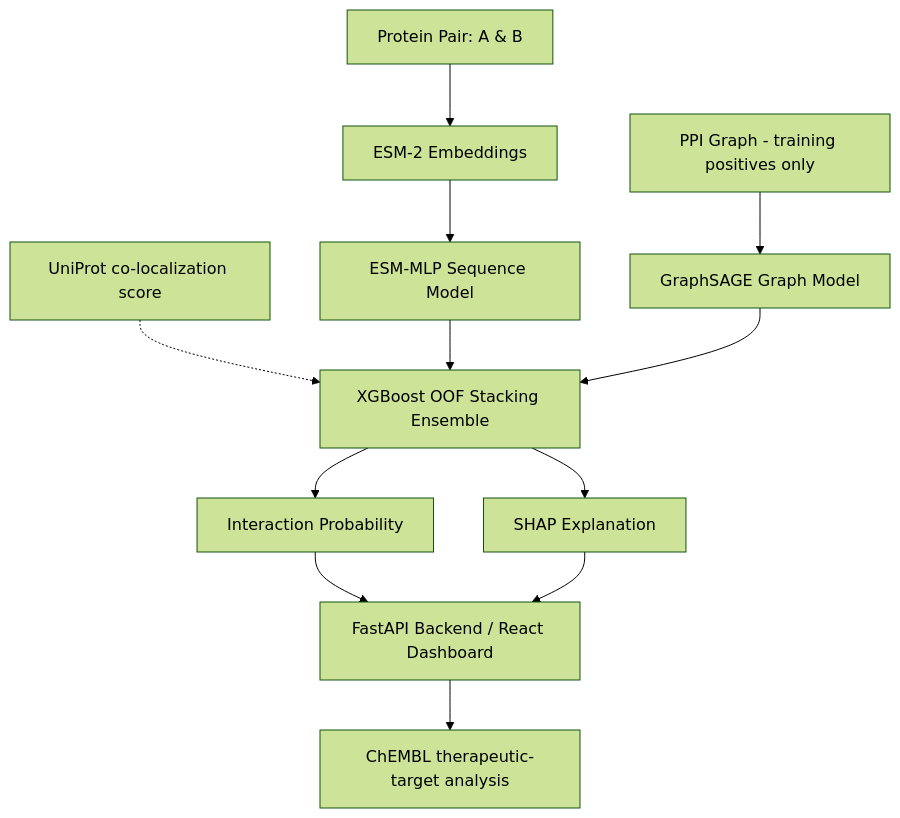
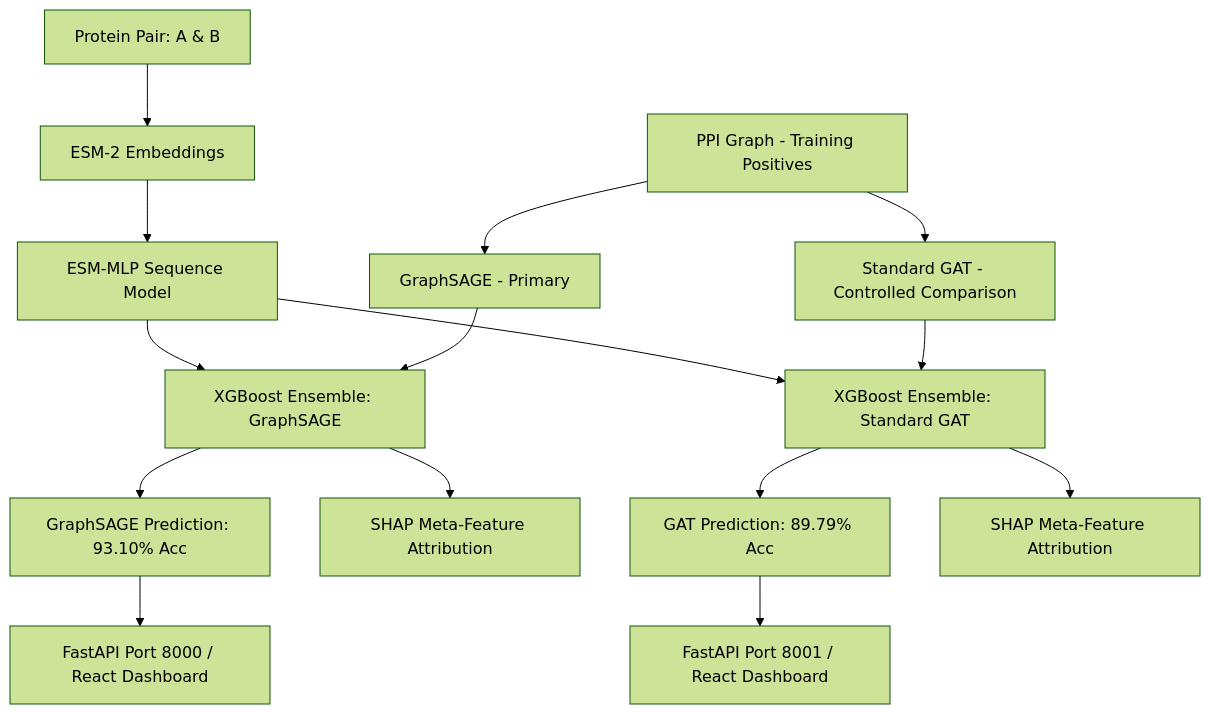
Before and after one commit to AshShenoy14/Majorproject: the diagram in README.md, drawn with Mermaid (forest theme). The commit also changed other lines of this file and 32 other files, not shown here.

Commit message:
feat: complete TransGraph-PPI finalization with GraphSAGE primary, Standard GAT controlled comparison, and comparative frontend

````diff
--- a/README.md
+++ b/README.md
@@ -38,19 +43,21 @@
 ```mermaid
 graph TD
     A[Protein Pair: A & B] --> B[ESM-2 Embeddings]
     B --> C[ESM-MLP Sequence Model]
 
-    D[PPI Graph - training positives only] --> E[GraphSAGE Graph Model]
+    D[PPI Graph - Training Positives] --> E1[GraphSAGE - Primary]
+    D --> E2[Standard GAT - Controlled Comparison]
 
-    K[UniProt co-localization score] -.-> F
+    C --> F1[XGBoost Ensemble: GraphSAGE]
+    E1 --> F1
+    F1 --> G1[GraphSAGE Prediction: 93.10% Acc]
+    F1 --> H1[SHAP Meta-Feature Attribution]
 
-    C --> F[XGBoost OOF Stacking Ensemble]
-    E --> F
+    C --> F2[XGBoost Ensemble: Standard GAT]
+    E2 --> F2
+    F2 --> G2[GAT Prediction: 89.79% Acc]
+    F2 --> H2[SHAP Meta-Feature Attribution]
 
-    F --> G[Interaction Probability]
-    F --> H[SHAP Explanation]
-
-    G --> L[FastAPI Backend / React Dashboard]
-    H --> L
-    L --> M[ChEMBL therapeutic-target analysis]
+    G1 --> L[FastAPI Port 8000 / React Dashboard]
+    G2 --> L2[FastAPI Port 8001 / React Dashboard]
 ```
````
